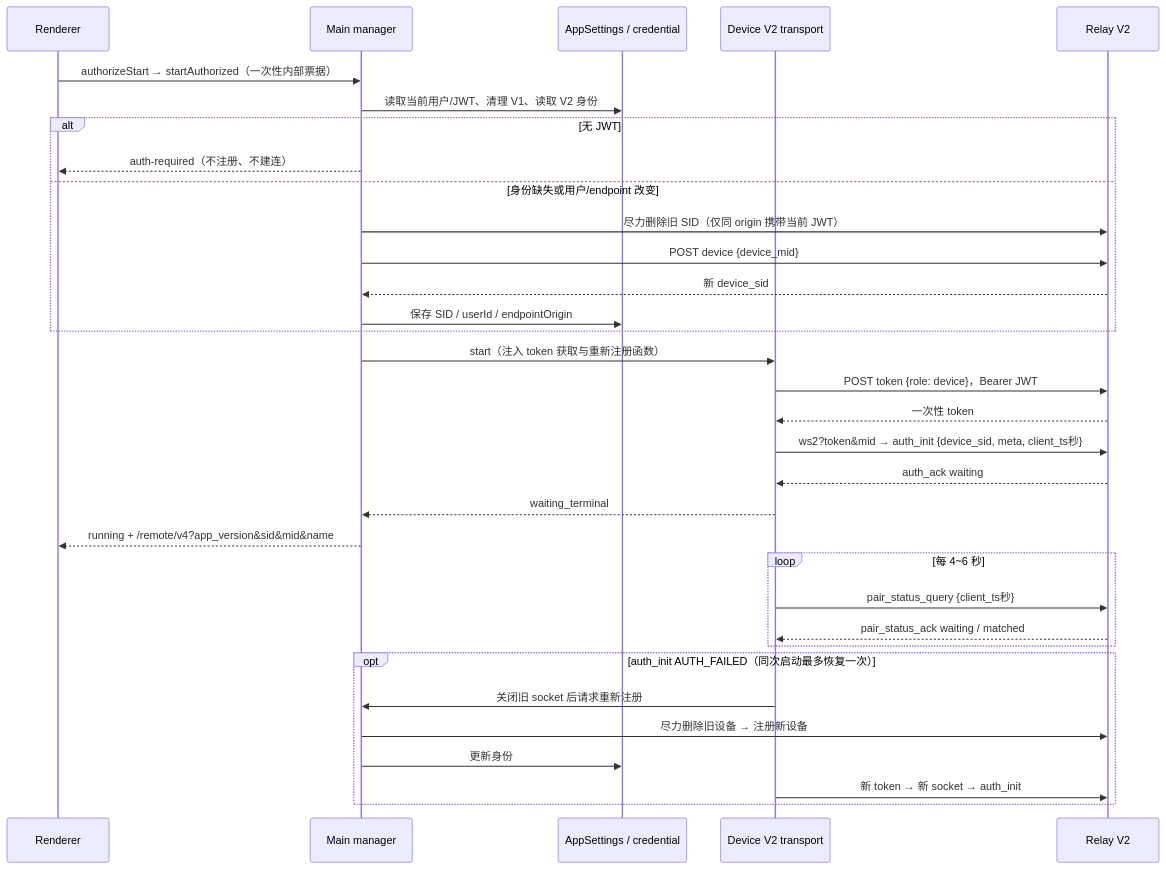
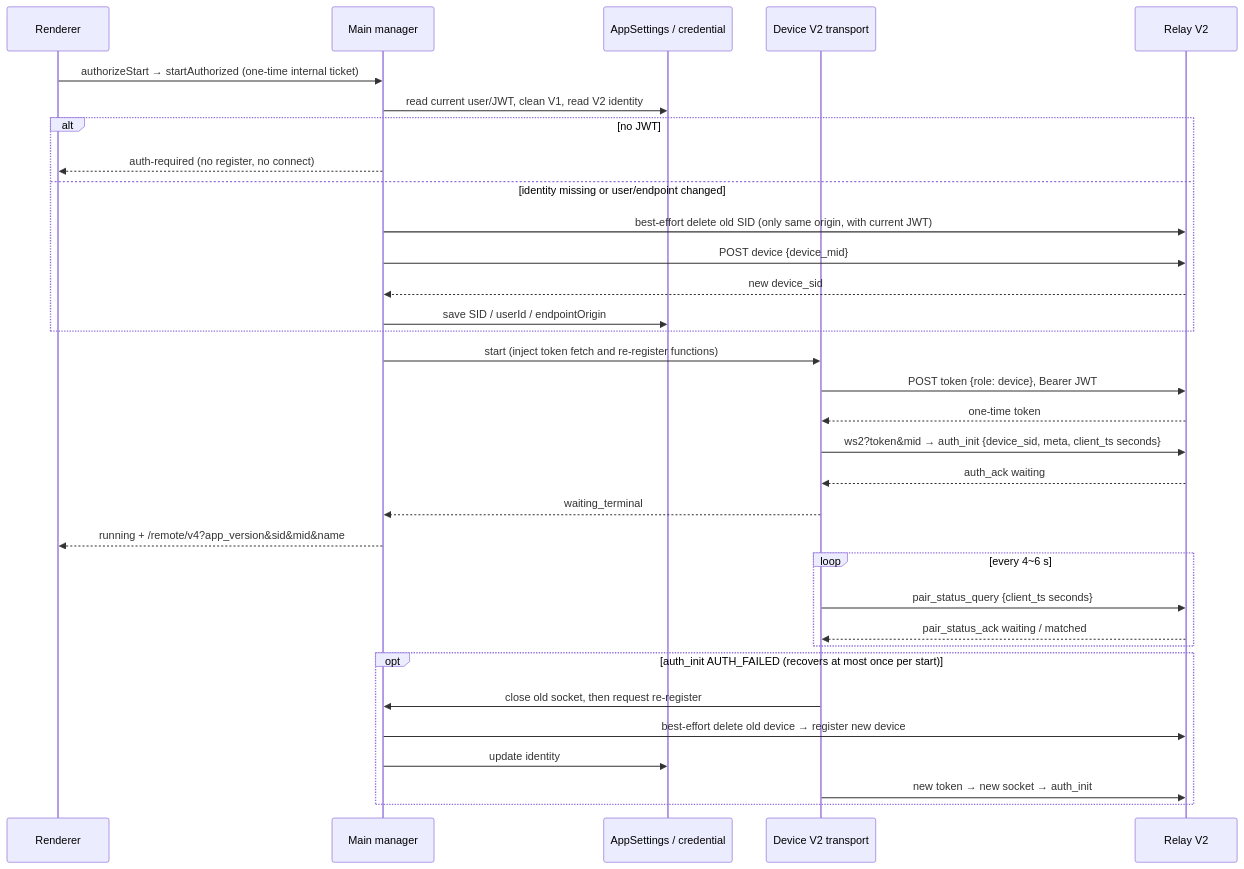
The second of 6 diagrams in docs/web-remote-control/relay-v2-pairing.md (osben/ZCode), drawn with Mermaid before and after one commit. The commit also changed other lines of this file and 11 other files, not shown here.

````diff
--- a/docs/web-remote-control/relay-v2-pairing.md
+++ b/docs/web-remote-control/relay-v2-pairing.md
@@ -99,35 +172,35 @@
 ```mermaid
 sequenceDiagram
     participant UI as Renderer
     participant M as Main manager
     participant S as AppSettings / credential
     participant D as Device V2 transport
     participant R as Relay V2
-    UI->>M: authorizeStart → startAuthorized（一次性内部票据）
-    M->>S: 读取当前用户/JWT、清理 V1、读取 V2 身份
-    alt 无 JWT
-        M-->>UI: auth-required（不注册、不建连）
-    else 身份缺失或用户/endpoint 改变
-        M->>R: 尽力删除旧 SID（仅同 origin 携带当前 JWT）
+    UI->>M: authorizeStart → startAuthorized (one-time internal ticket)
+    M->>S: read current user/JWT, clean V1, read V2 identity
+    alt no JWT
+        M-->>UI: auth-required (no register, no connect)
+    else identity missing or user/endpoint changed
+        M->>R: best-effort delete old SID (only same origin, with current JWT)
         M->>R: POST device {device_mid}
-        R-->>M: 新 device_sid
-        M->>S: 保存 SID / userId / endpointOrigin
+        R-->>M: new device_sid
+        M->>S: save SID / userId / endpointOrigin
     end
-    M->>D: start（注入 token 获取与重新注册函数）
-    D->>R: POST token {role: device}，Bearer JWT
-    R-->>D: 一次性 token
-    D->>R: ws2?token&mid → auth_init {device_sid, meta, client_ts秒}
+    M->>D: start (inject token fetch and re-register functions)
+    D->>R: POST token {role: device}, Bearer JWT
+    R-->>D: one-time token
+    D->>R: ws2?token&mid → auth_init {device_sid, meta, client_ts seconds}
     R-->>D: auth_ack waiting
     D-->>M: waiting_terminal
     M-->>UI: running + /remote/v4?app_version&sid&mid&name
-    loop 每 4~6 秒
-        D->>R: pair_status_query {client_ts秒}
+    loop every 4~6 s
+        D->>R: pair_status_query {client_ts seconds}
         R-->>D: pair_status_ack waiting / matched
     end
-    opt auth_init AUTH_FAILED（同次启动最多恢复一次）
-        D->>M: 关闭旧 socket 后请求重新注册
-        M->>R: 尽力删除旧设备 → 注册新设备
-        M->>S: 更新身份
-        D->>R: 新 token → 新 socket → auth_init
+    opt auth_init AUTH_FAILED (recovers at most once per start)
+        D->>M: close old socket, then request re-register
+        M->>R: best-effort delete old device → register new device
+        M->>S: update identity
+        D->>R: new token → new socket → auth_init
     end
 ```
````
